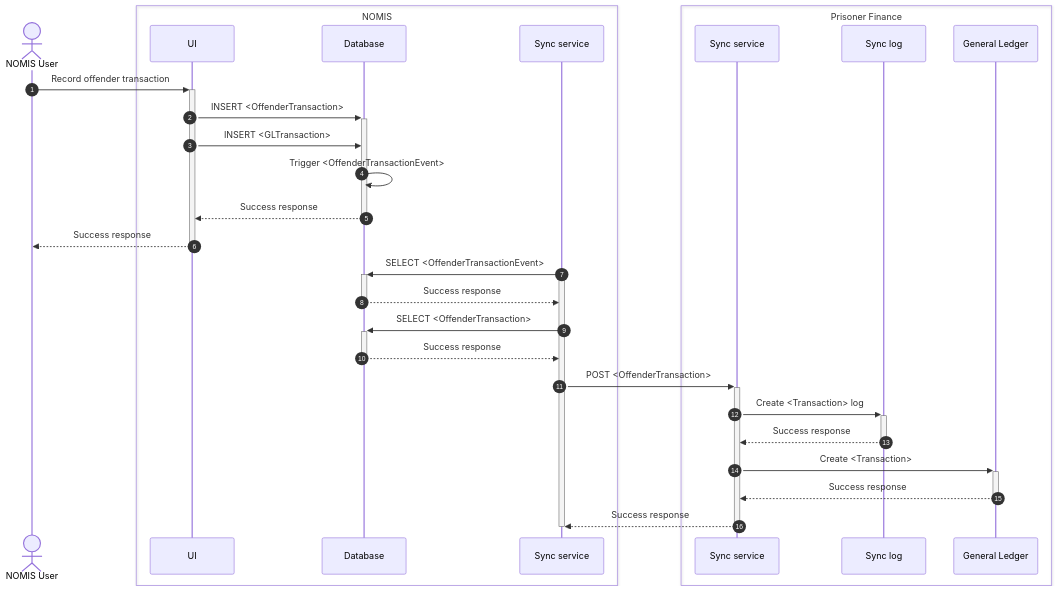
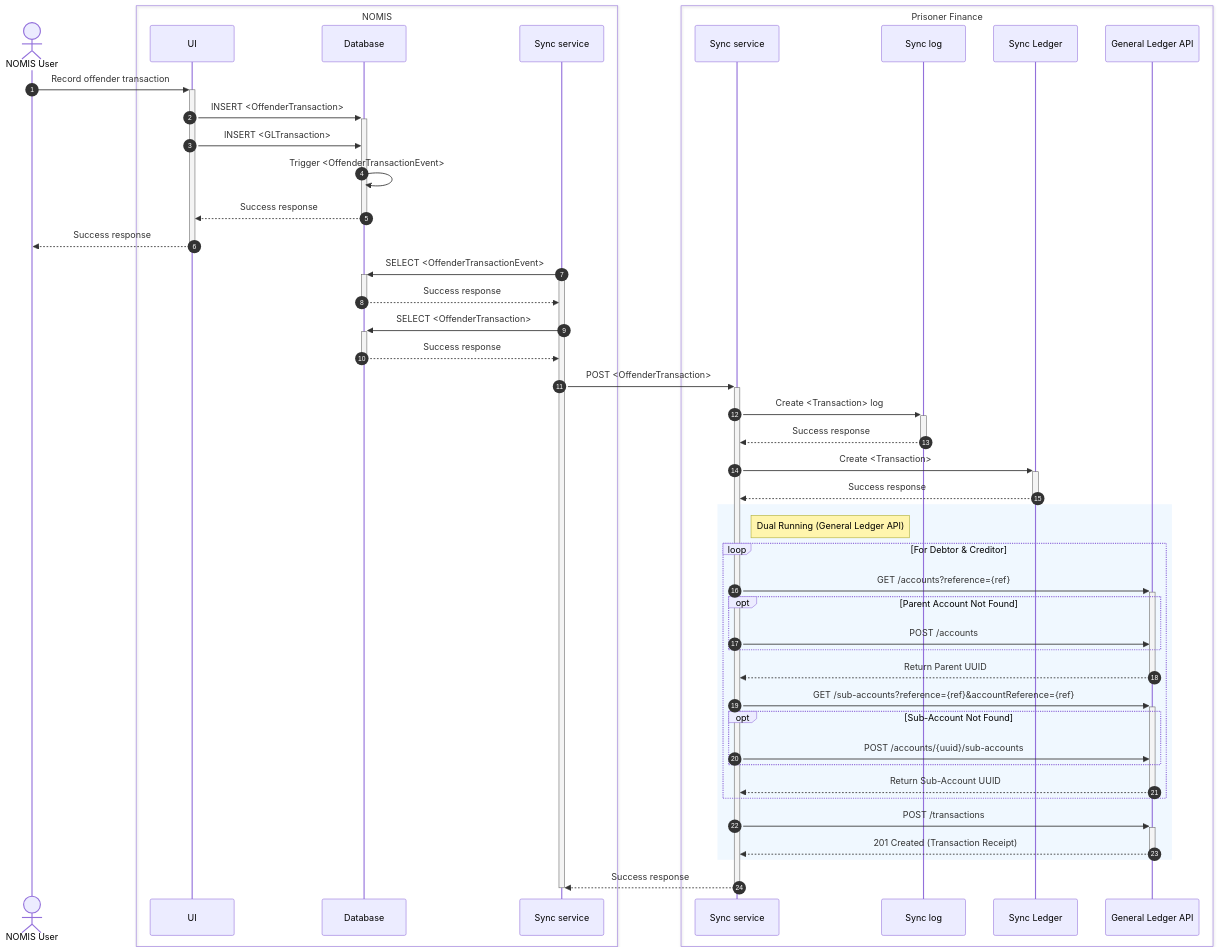
The third of 6 diagrams in docs/architecture/docs/sync-processes.md (ministryofjustice/hmpps-prisoner-finance-sync-api), drawn with Mermaid before and after one commit. The commit also changed other lines of this file and 24 other files, not shown here.

First line of the commit message:
PFI-758 - Integrate with general ledger (#86)

````diff
--- a/docs/architecture/docs/sync-processes.md
+++ b/docs/architecture/docs/sync-processes.md
@@ -94,35 +94,57 @@
 ```mermaid
 sequenceDiagram
     actor user as NOMIS User
     box NOMIS
         participant NOMIS.UI as UI
         participant NOMIS.DB as Database
         participant NOMIS.sync as Sync service
     end
     box Prisoner Finance
         participant PF.sync as Sync service
         participant PF.log as Sync log
-        participant PF.ledger as General Ledger
+        participant PF.ledger as Sync Ledger
+        participant PF.newGL as General Ledger API
     end
 
     autonumber
 
     user ->>+ NOMIS.UI: Record offender transaction
     NOMIS.UI ->>+ NOMIS.DB: INSERT <OffenderTransaction>
     NOMIS.UI ->> NOMIS.DB: INSERT <GLTransaction>
     NOMIS.DB ->> NOMIS.DB: Trigger <OffenderTransactionEvent>
     NOMIS.DB -->>- NOMIS.UI: Success response
     NOMIS.UI -->>- user: Success response
     NOMIS.sync ->>+ NOMIS.DB: SELECT <OffenderTransactionEvent>
     activate NOMIS.sync
     NOMIS.DB -->>- NOMIS.sync: Success response
     NOMIS.sync ->>+ NOMIS.DB: SELECT <OffenderTransaction>
     NOMIS.DB -->>- NOMIS.sync: Success response
     NOMIS.sync ->>+ PF.sync: POST <OffenderTransaction>
     PF.sync ->>+ PF.log: Create <Transaction> log
     PF.log -->>- PF.sync: Success response
     PF.sync ->>+ PF.ledger: Create <Transaction>
     PF.ledger -->>- PF.sync: Success response
+    rect rgb(240, 248, 255)
+        note right of PF.sync: Dual Running (General Ledger API)
+
+        loop For Debtor & Creditor
+            PF.sync ->>+ PF.newGL: GET /accounts?reference={ref}
+            opt Parent Account Not Found
+                PF.sync ->> PF.newGL: POST /accounts
+            end
+            PF.newGL -->>- PF.sync: Return Parent UUID
+
+            PF.sync ->>+ PF.newGL: GET /sub-accounts?reference={ref}&accountReference={ref}
+            opt Sub-Account Not Found
+                PF.sync ->> PF.newGL: POST /accounts/{uuid}/sub-accounts
+            end
+            PF.newGL -->>- PF.sync: Return Sub-Account UUID
+        end
+
+        PF.sync ->>+ PF.newGL: POST /transactions
+        PF.newGL -->>- PF.sync: 201 Created (Transaction Receipt)
+    end
+
     PF.sync -->>- NOMIS.sync: Success response
     deactivate NOMIS.sync
 ```
````
